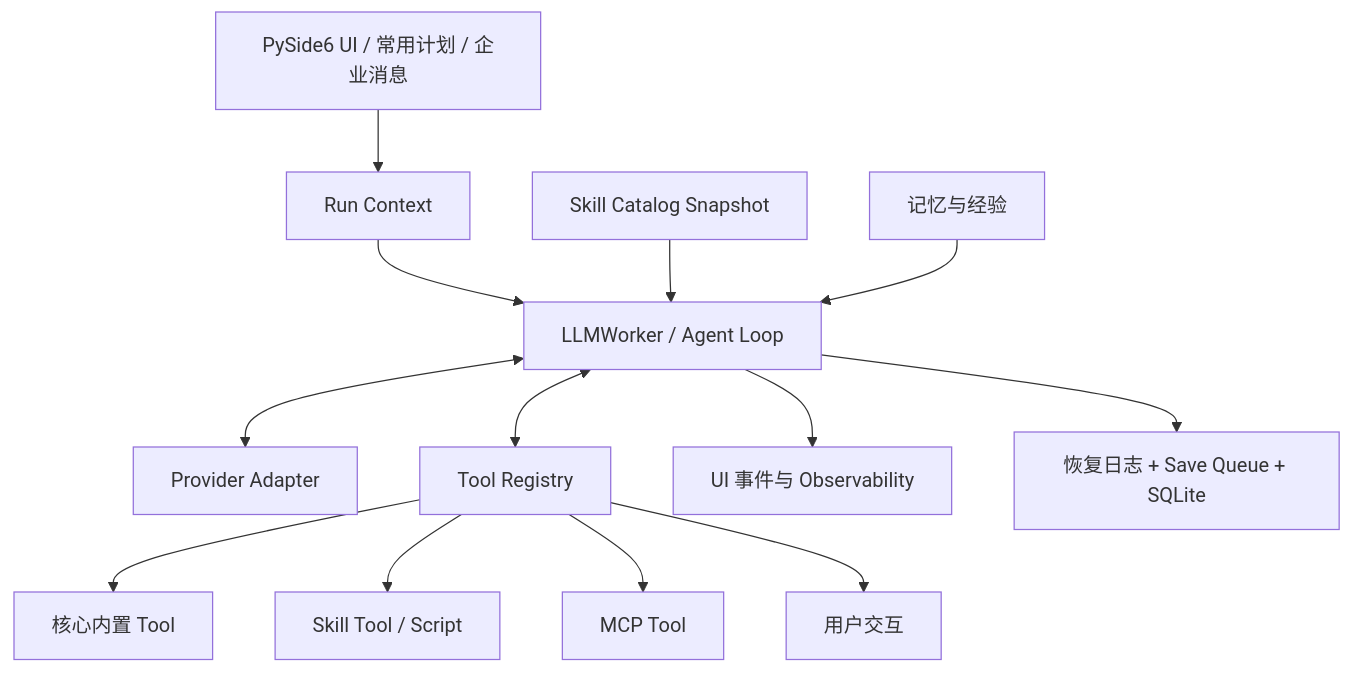
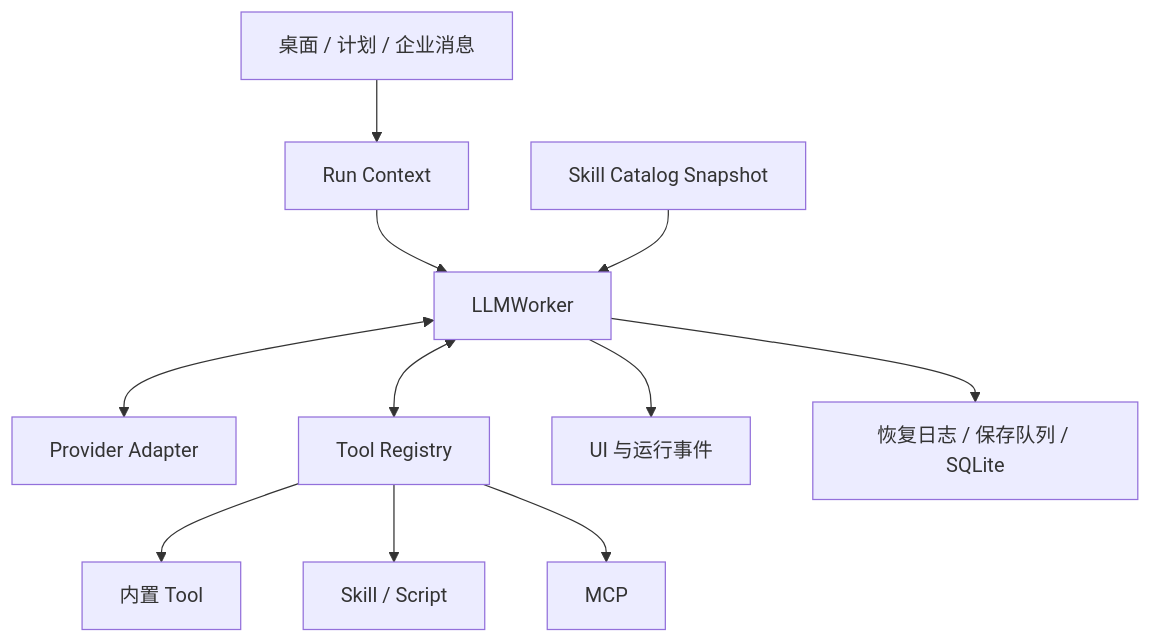
One commit to chuancyzhang/deepseek-cowork changed the diagram in docs/technical-design.md. Above: the diagram before and after it, drawn with Mermaid. The commit also changed other lines of this file and 1129 other files, not shown here.

````diff
--- a/docs/technical-design.md
+++ b/docs/technical-design.md
@@ -19,15 +25,13 @@
 ```mermaid
 flowchart TB
-    E["PySide6 UI / 常用计划 / 企业消息"] --> RC["Run Context"]
-    RC --> W["LLMWorker / Agent Loop"]
-    CAT["Skill Catalog Snapshot"] --> W
-    MEM["记忆与经验"] --> W
-    W <--> P["Provider Adapter"]
-    W <--> TR["Tool Registry"]
-    TR --> BI["核心内置 Tool"]
-    TR --> SK["Skill Tool / Script"]
-    TR --> MCP["MCP Tool"]
-    TR --> UX["用户交互"]
-    W --> OBS["UI 事件与 Observability"]
-    W --> SAVE["恢复日志 + Save Queue + SQLite"]
+    Entry[桌面 / 计划 / 企业消息] --> Context[Run Context]
+    Context --> Worker[LLMWorker]
+    Catalog[Skill Catalog Snapshot] --> Worker
+    Worker <--> Provider[Provider Adapter]
+    Worker <--> Tools[Tool Registry]
+    Tools --> Builtin[内置 Tool]
+    Tools --> Skill[Skill / Script]
+    Tools --> MCP[MCP]
+    Worker --> Events[UI 与运行事件]
+    Worker --> Store[恢复日志 / 保存队列 / SQLite]
 ```
````
